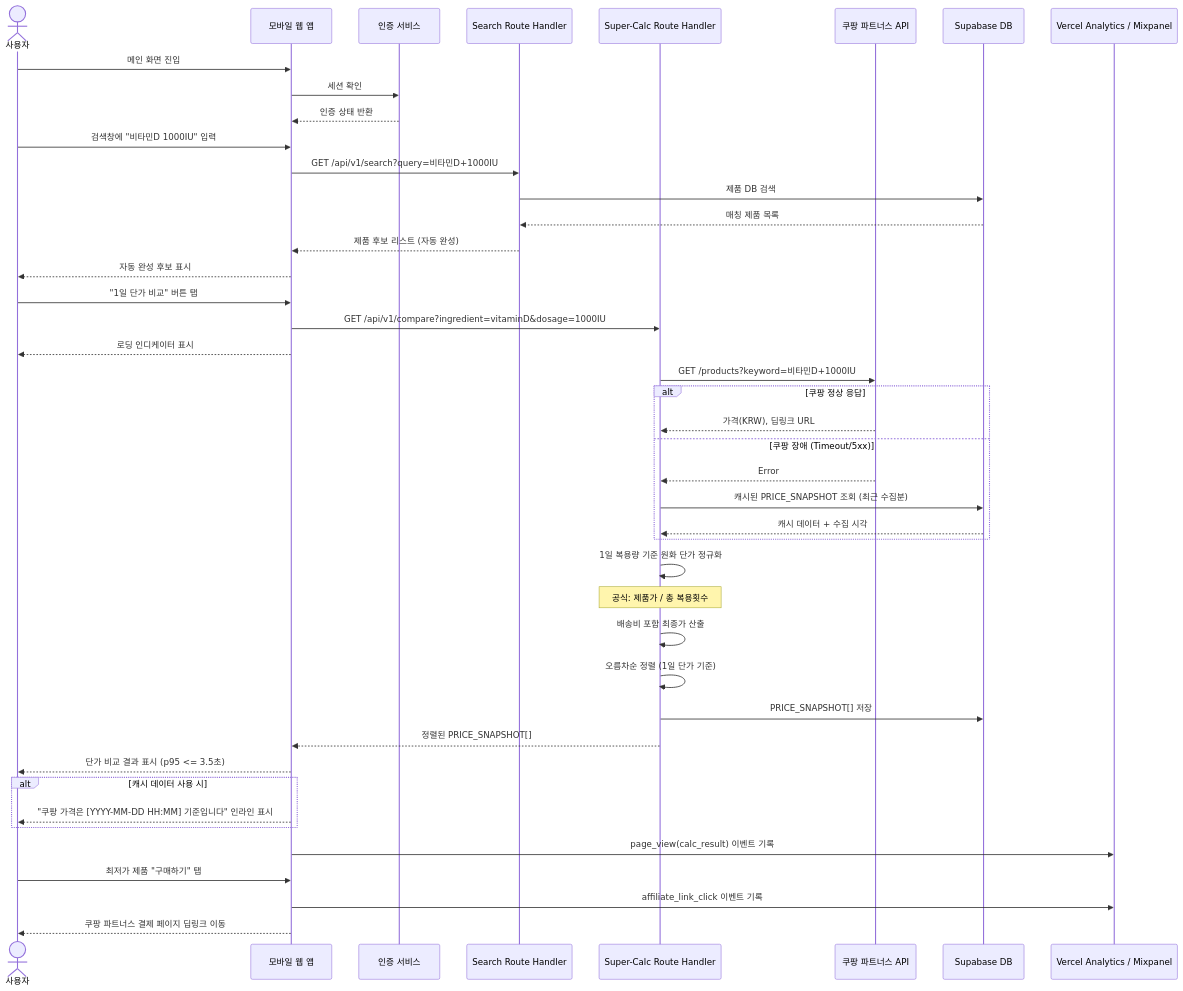
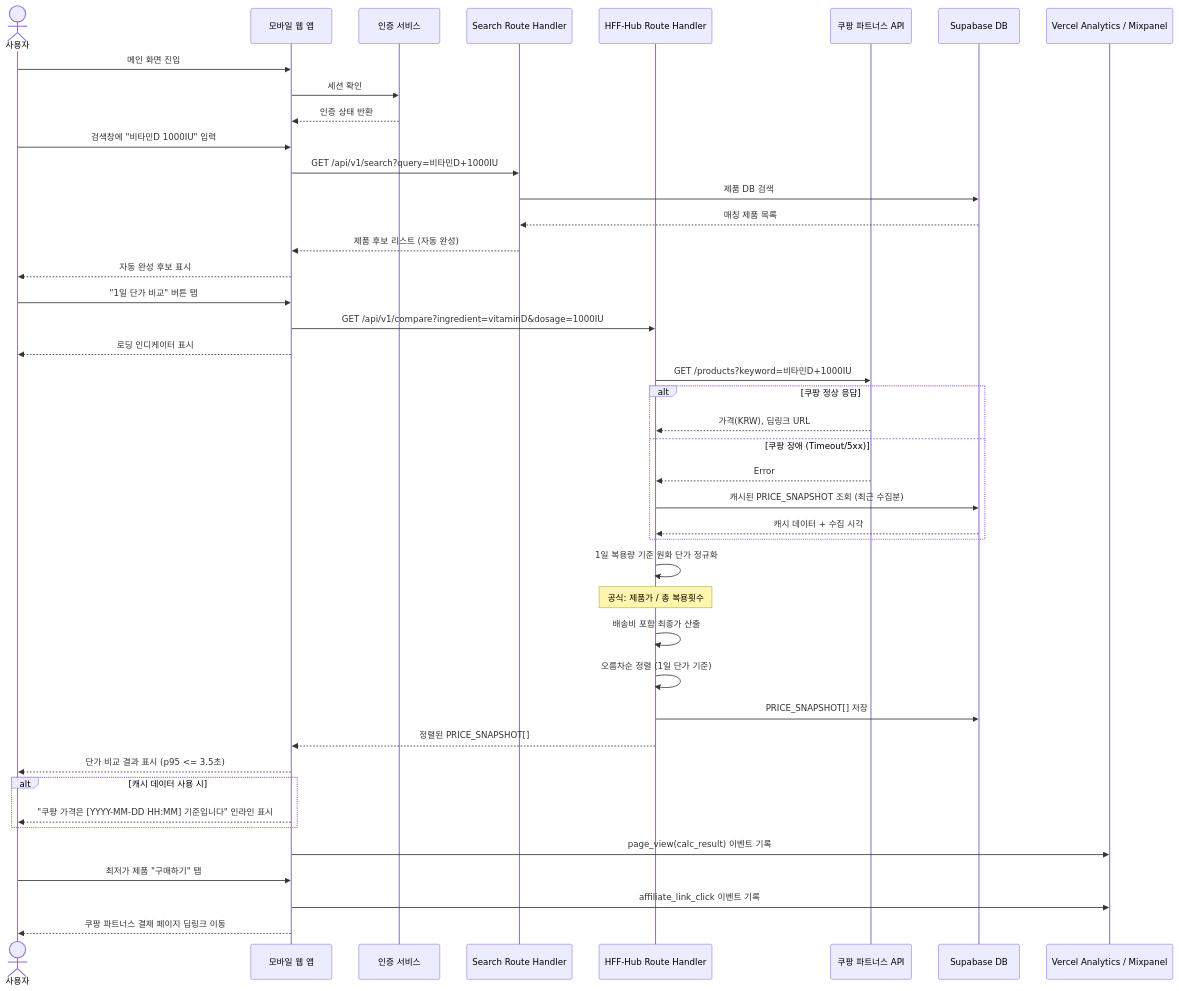
Before and after one commit to wild-mental/hff-hub-workbase: the eighth of 11 diagrams in raw/05_SRS_v1.md, drawn with Mermaid. The commit also changed other lines of this file and 54 other files, not shown here.

Commit message:
프로젝트명을 HFF-Hub (Health Functional Food Hub) 로 통일

````diff
--- a/raw/05_SRS_v1.md
+++ b/raw/05_SRS_v1.md
@@ -1059,55 +1059,55 @@
 ```mermaid
 sequenceDiagram
     actor User as 사용자
     participant Web as 모바일 웹 앱
     participant Auth as 인증 서비스
     participant Search as Search Route Handler
-    participant Calc as Super-Calc Route Handler
+    participant Calc as HFF-Hub Route Handler
     participant Coupang as 쿠팡 파트너스 API
     participant DB as Supabase DB
     participant Analytics as Vercel Analytics / Mixpanel
 
     User->>Web: 메인 화면 진입
     Web->>Auth: 세션 확인
     Auth-->>Web: 인증 상태 반환
 
     User->>Web: 검색창에 "비타민D 1000IU" 입력
     Web->>Search: GET /api/v1/search?query=비타민D+1000IU
     Search->>DB: 제품 DB 검색
     DB-->>Search: 매칭 제품 목록
     Search-->>Web: 제품 후보 리스트 (자동 완성)
     Web-->>User: 자동 완성 후보 표시
 
     User->>Web: "1일 단가 비교" 버튼 탭
     Web->>Calc: GET /api/v1/compare?ingredient=vitaminD&dosage=1000IU
     Web-->>User: 로딩 인디케이터 표시
 
     Calc->>Coupang: GET /products?keyword=비타민D+1000IU
 
     alt 쿠팡 정상 응답
         Coupang-->>Calc: 가격(KRW), 딥링크 URL
     else 쿠팡 장애 (Timeout/5xx)
         Coupang-->>Calc: Error
         Calc->>DB: 캐시된 PRICE_SNAPSHOT 조회 (최근 수집분)
         DB-->>Calc: 캐시 데이터 + 수집 시각
     end
 
     Calc->>Calc: 1일 복용량 기준 원화 단가 정규화
     Note over Calc: 공식: 제품가 / 총 복용횟수
     Calc->>Calc: 배송비 포함 최종가 산출
     Calc->>Calc: 오름차순 정렬 (1일 단가 기준)
     Calc->>DB: PRICE_SNAPSHOT[] 저장
 
     Calc-->>Web: 정렬된 PRICE_SNAPSHOT[]
     Web-->>User: 단가 비교 결과 표시 (p95 <= 3.5초)
     
     alt 캐시 데이터 사용 시
         Web-->>User: "쿠팡 가격은 [YYYY-MM-DD HH:MM] 기준입니다" 인라인 표시
     end
 
     Web->>Analytics: page_view(calc_result) 이벤트 기록
 
     User->>Web: 최저가 제품 "구매하기" 탭
     Web->>Analytics: affiliate_link_click 이벤트 기록
     Web-->>User: 쿠팡 파트너스 결제 페이지 딥링크 이동
 ```
````
